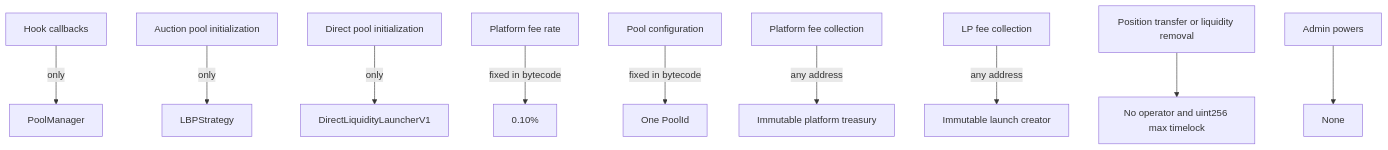
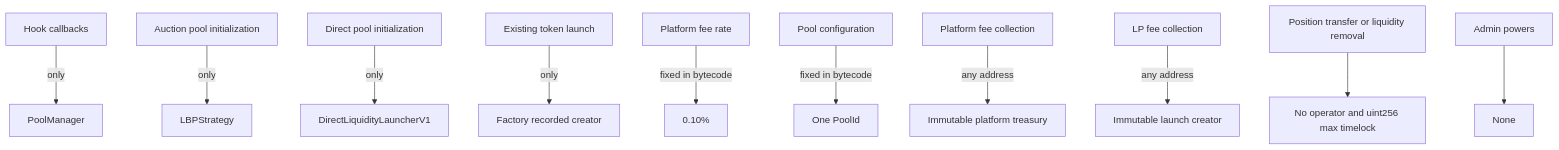
The second of 2 diagrams in contracts/security/diagrams/architecture.md (0xprogrammable/PROGRAMMABLE), drawn with Mermaid before and after one commit. The commit also changed other lines of this file and 23 other files, not shown here.

Commit message:
Add existing UERC20 launch path

````diff
--- a/contracts/security/diagrams/architecture.md
+++ b/contracts/security/diagrams/architecture.md
@@ -43,12 +45,13 @@
 ```mermaid
 flowchart TD
     PoolCallback[Hook callbacks] -->|only| PoolManager
     AuctionInitialization[Auction pool initialization] -->|only| LBPStrategy
     DirectInitialization[Direct pool initialization] -->|only| DirectLiquidityLauncherV1
+    ExistingTokenLaunch[Existing token launch] -->|only| FactoryRecordedCreator[Factory recorded creator]
     FeeRate[Platform fee rate] -->|fixed in bytecode| TenBp[0.10%]
     PoolConfig[Pool configuration] -->|fixed in bytecode| PoolId[One PoolId]
     PlatformCollection[Platform fee collection] -->|any address| Treasury[Immutable platform treasury]
     LPCollection[LP fee collection] -->|any address| Creator[Immutable launch creator]
     PositionControl[Position transfer or liquidity removal] --> Locked[No operator and uint256 max timelock]
     Admin[Admin powers] --> None[None]
 ```
````
